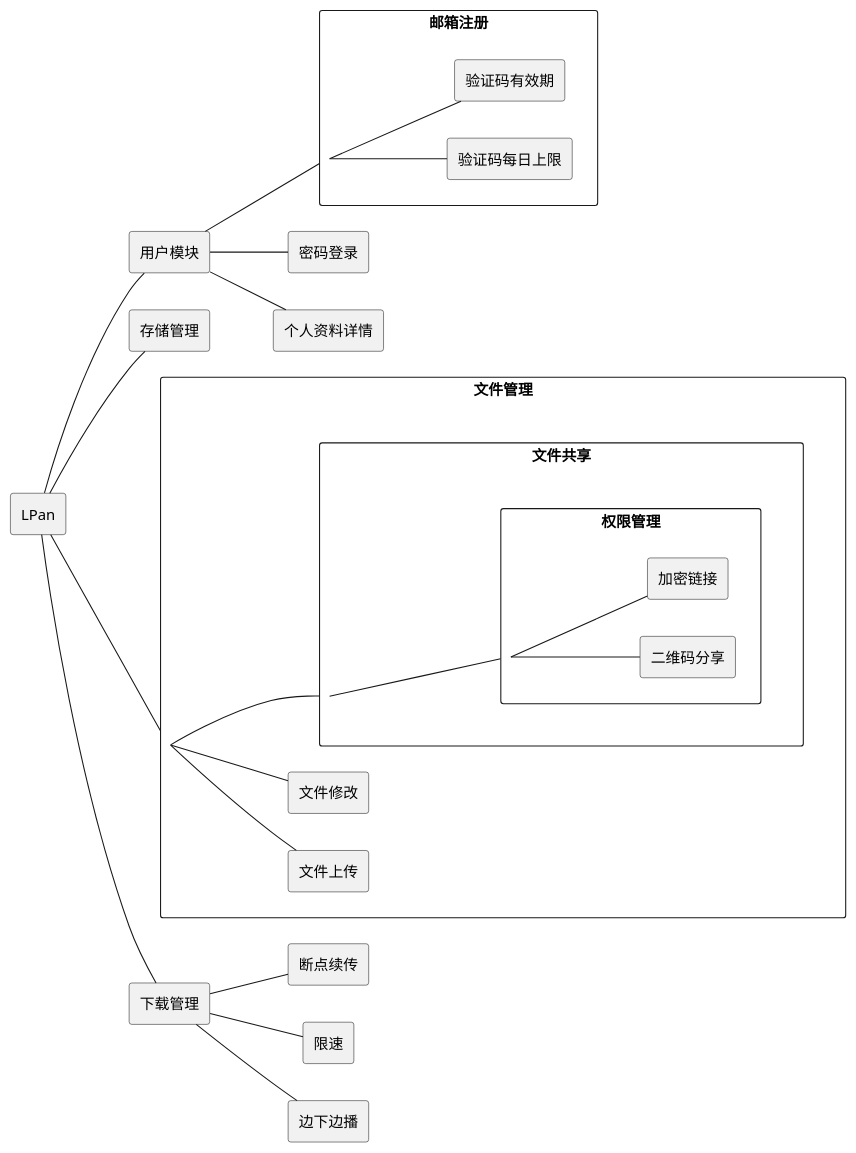
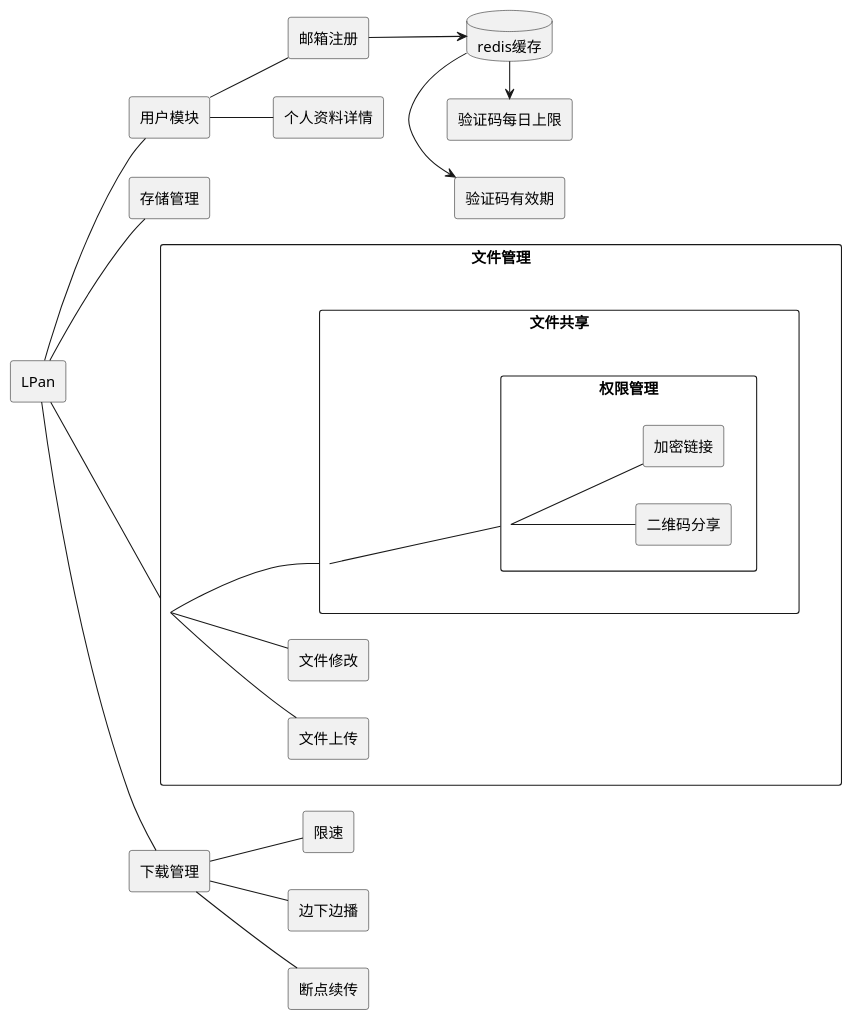
The diagram in MIND.puml (lluckyboi/LPan), drawn with PlantUML before and after one commit. The commit also changed 1 other file, not shown here.

Commit message:
修改用户部分思维导图

```diff
--- a/MIND.puml
+++ b/MIND.puml
@@ -1,72 +1,76 @@
 @startuml
 left to right direction
 skinparam packageStyle rectangle
 
 rectangle  LPan
 
 
 rectangle 用户模块{
     LPan -- 用户模块
 }
-rectangle 密码登录{
-    用户模块 -- 密码登录
-}
 rectangle 邮箱注册{
     用户模块 -- 邮箱注册
-    邮箱注册 -- 验证码有效期
-    邮箱注册 -- 验证码每日上限
 }
+database redis[
+    redis缓存
+]
+redis ->验证码有效期
+redis ->验证码每日上限
+邮箱注册 -down-> redis
 rectangle 验证码有效期{
 }
 rectangle 验证码每日上限{
 }
-
 rectangle 个人资料详情{
     用户模块  -- 个人资料详情
 }
 
 
+
+
 rectangle 存储管理{
     LPan -- 存储管理
 }
+
 
 
 rectangle 文件管理{
     LPan -- 文件管理
 }
 rectangle 文件管理{
    文件管理--文件共享
    文件管理--文件修改
    文件管理--文件上传
 }
 rectangle 文件修改{
 }
 rectangle 文件上传{
  }
 rectangle 文件共享{
     文件共享 -- 权限管理
 }
-
 rectangle 权限管理 {
     权限管理--加密链接
     权限管理--二维码分享
 }
 rectangle 加密链接{
 }
 rectangle 二维码分享{
 }
+
+
 
 rectangle 下载管理{
     LPan--下载管理
 }
 rectangle 限速{
    下载管理--限速
 }
 rectangle 边下边播{
    下载管理--边下边播
 }
 rectangle 断点续传{
    下载管理--断点续传
 }
 
 @enduml
```
